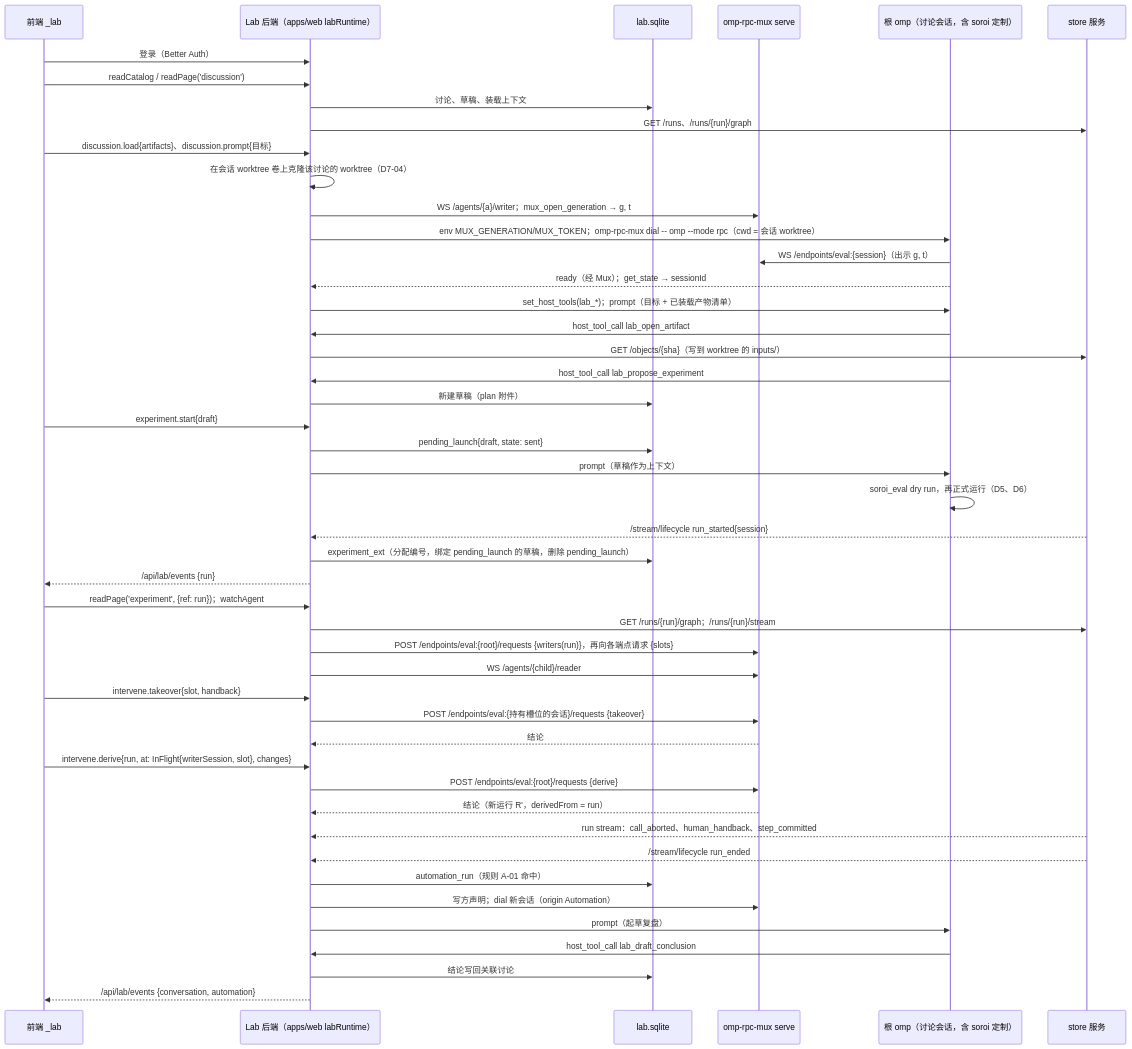
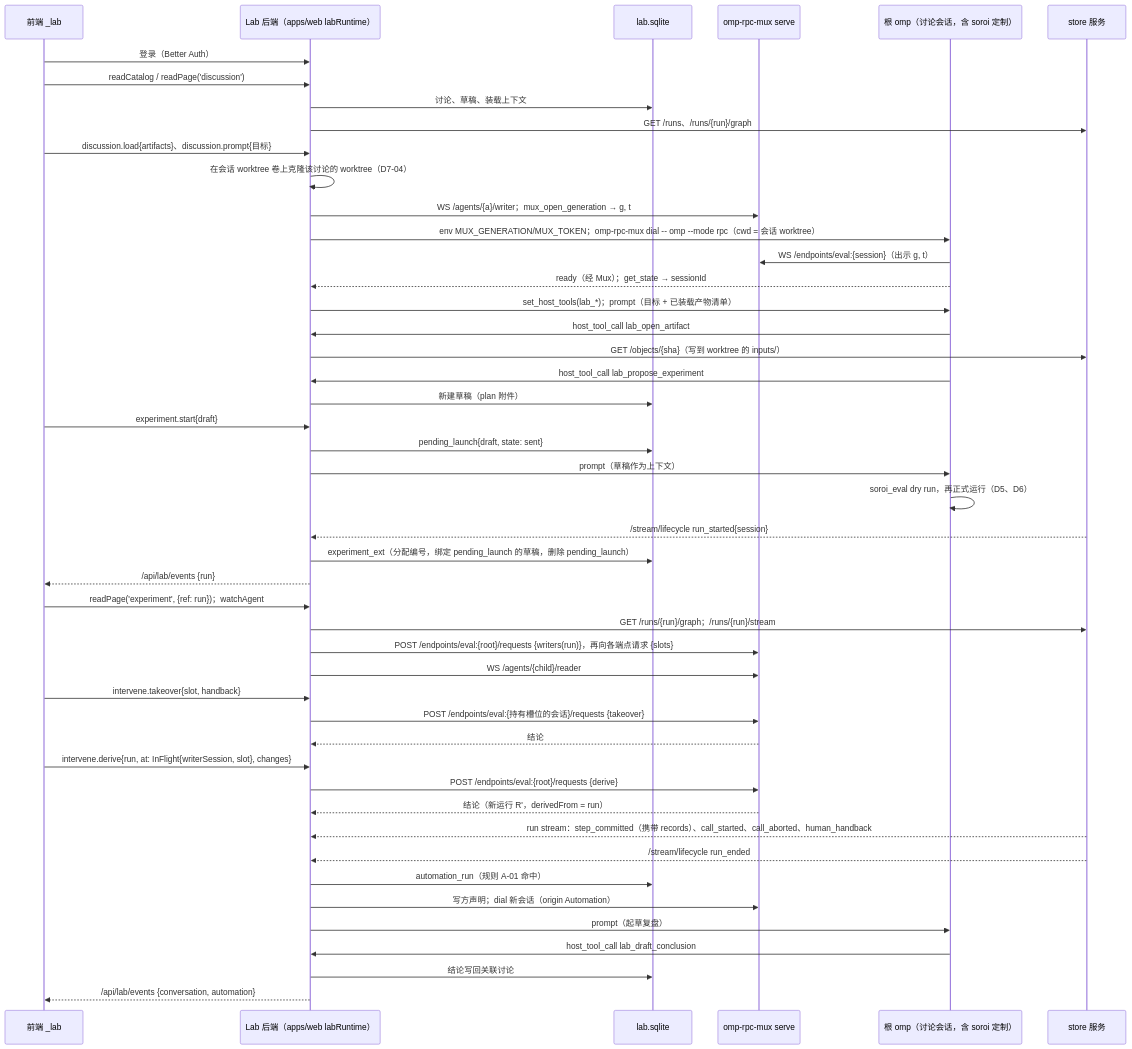
The diagram in evidence/decisions/D7-lab-backend.md (Pepgent/PM), drawn with Mermaid before and after one commit. The commit also changed 1 other file, not shown here.

Commit message:
docs: apply D11-C event carriers and derived markers

````diff
--- a/evidence/decisions/D7-lab-backend.md
+++ b/evidence/decisions/D7-lab-backend.md
@@ -163,49 +163,49 @@
 ```mermaid
 sequenceDiagram
     participant UI as 前端 _lab
     participant LAB as Lab 后端（apps/web labRuntime）
     participant DB as lab.sqlite
     participant MUX as omp-rpc-mux serve
     participant O as 根 omp（讨论会话，含 soroi 定制）
     participant ST as store 服务
     UI->>LAB: 登录（Better Auth）
     UI->>LAB: readCatalog / readPage('discussion')
     LAB->>DB: 讨论、草稿、装载上下文
     LAB->>ST: GET /runs、/runs/{run}/graph
     UI->>LAB: discussion.load{artifacts}、discussion.prompt{目标}
     LAB->>LAB: 在会话 worktree 卷上克隆该讨论的 worktree（D7-04）
     LAB->>MUX: WS /agents/{a}/writer；mux_open_generation → g, t
     LAB->>O: env MUX_GENERATION/MUX_TOKEN；omp-rpc-mux dial -- omp --mode rpc（cwd = 会话 worktree）
     O->>MUX: WS /endpoints/eval:{session}（出示 g, t）
     O-->>LAB: ready（经 Mux）；get_state → sessionId
     LAB->>O: set_host_tools(lab_*)；prompt（目标 + 已装载产物清单）
     O->>LAB: host_tool_call lab_open_artifact
     LAB->>ST: GET /objects/{sha}（写到 worktree 的 inputs/）
     O->>LAB: host_tool_call lab_propose_experiment
     LAB->>DB: 新建草稿（plan 附件）
     UI->>LAB: experiment.start{draft}
     LAB->>DB: pending_launch{draft, state: sent}
     LAB->>O: prompt（草稿作为上下文）
     O->>O: soroi_eval dry run，再正式运行（D5、D6）
     ST-->>LAB: /stream/lifecycle run_started{session}
     LAB->>DB: experiment_ext（分配编号，绑定 pending_launch 的草稿，删除 pending_launch）
     LAB-->>UI: /api/lab/events {run}
     UI->>LAB: readPage('experiment', {ref: run})；watchAgent
     LAB->>ST: GET /runs/{run}/graph；/runs/{run}/stream
     LAB->>MUX: POST /endpoints/eval:{root}/requests {writers(run)}，再向各端点请求 {slots}
     LAB->>MUX: WS /agents/{child}/reader
     UI->>LAB: intervene.takeover{slot, handback}
     LAB->>MUX: POST /endpoints/eval:{持有槽位的会话}/requests {takeover}
     MUX-->>LAB: 结论
     UI->>LAB: intervene.derive{run, at: InFlight{writerSession, slot}, changes}
     LAB->>MUX: POST /endpoints/eval:{root}/requests {derive}
     MUX-->>LAB: 结论（新运行 R'，derivedFrom = run）
-    ST-->>LAB: run stream：call_aborted、human_handback、step_committed
+    ST-->>LAB: run stream：step_committed（携带 records）、call_started、call_aborted、human_handback
     ST-->>LAB: /stream/lifecycle run_ended
     LAB->>DB: automation_run（规则 A-01 命中）
     LAB->>MUX: 写方声明；dial 新会话（origin Automation）
     LAB->>O: prompt（起草复盘）
     O->>LAB: host_tool_call lab_draft_conclusion
     LAB->>DB: 结论写回关联讨论
     LAB-->>UI: /api/lab/events {conversation, automation}
 ```
````
